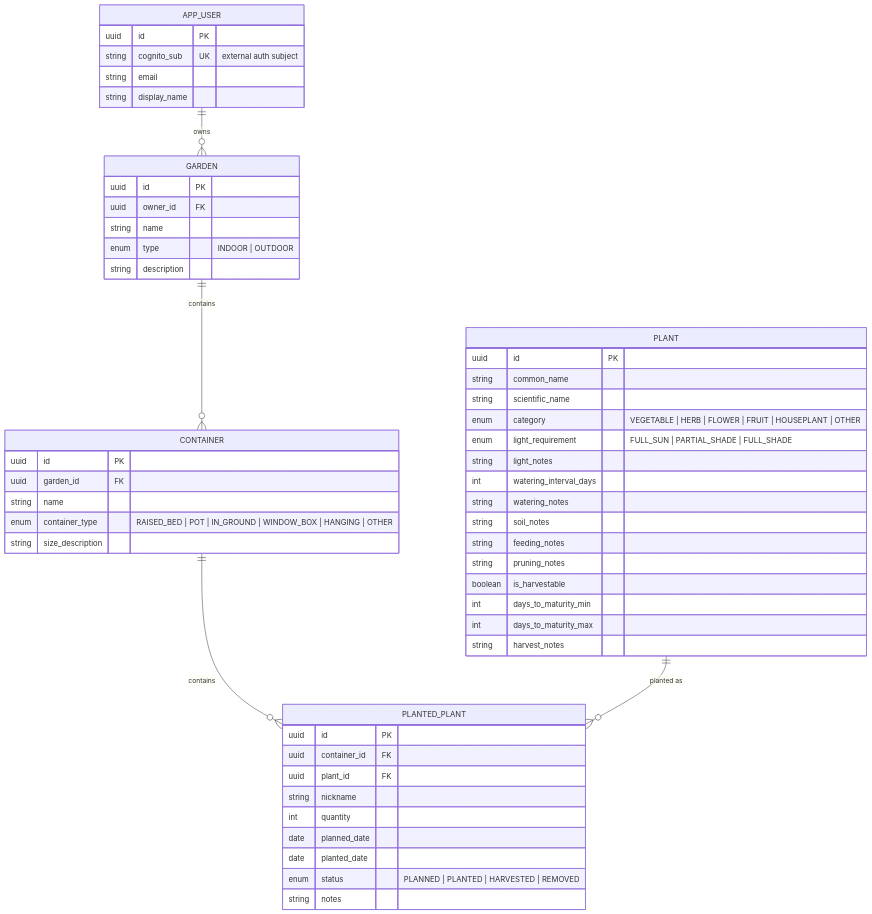
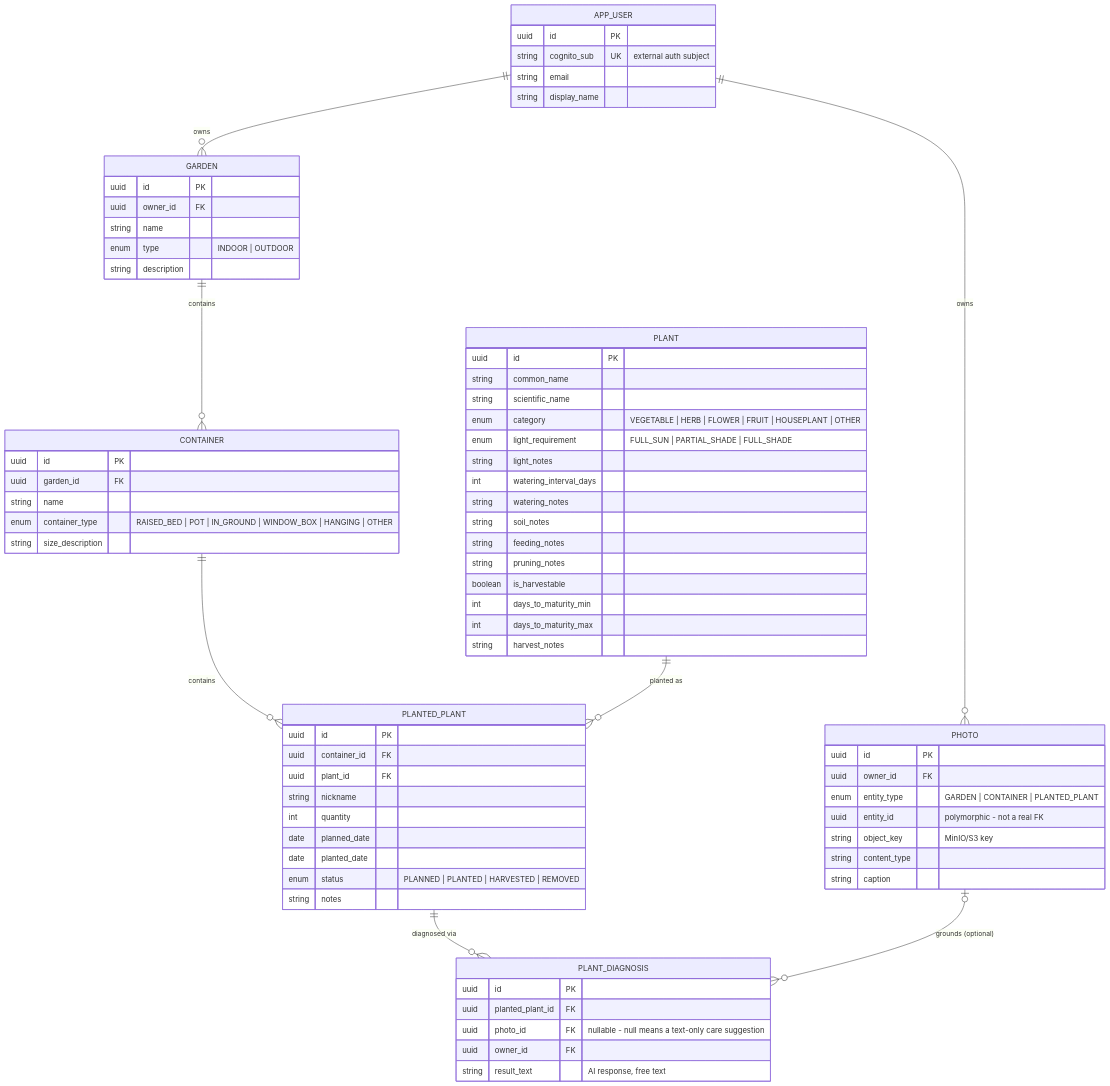
The second of 2 diagrams in .claude/docs/architecture.md (jessig1/greenthumb), drawn with Mermaid before and after one commit. The commit also changed other lines of this file and 67 other files, not shown here.

````diff
--- a/.claude/docs/architecture.md
+++ b/.claude/docs/architecture.md
@@ -28,56 +32,75 @@
 ```mermaid
 erDiagram
     APP_USER ||--o{ GARDEN : owns
     GARDEN ||--o{ CONTAINER : contains
     CONTAINER ||--o{ PLANTED_PLANT : contains
     PLANT ||--o{ PLANTED_PLANT : "planted as"
+    APP_USER ||--o{ PHOTO : owns
+    PLANTED_PLANT ||--o{ PLANT_DIAGNOSIS : "diagnosed via"
+    PHOTO |o--o{ PLANT_DIAGNOSIS : "grounds (optional)"
 
     APP_USER {
         uuid id PK
         string cognito_sub UK "external auth subject"
         string email
         string display_name
     }
     GARDEN {
         uuid id PK
         uuid owner_id FK
         string name
         enum type "INDOOR | OUTDOOR"
         string description
     }
     CONTAINER {
         uuid id PK
         uuid garden_id FK
         string name
         enum container_type "RAISED_BED | POT | IN_GROUND | WINDOW_BOX | HANGING | OTHER"
         string size_description
     }
     PLANT {
         uuid id PK
         string common_name
         string scientific_name
         enum category "VEGETABLE | HERB | FLOWER | FRUIT | HOUSEPLANT | OTHER"
         enum light_requirement "FULL_SUN | PARTIAL_SHADE | FULL_SHADE"
         string light_notes
         int watering_interval_days
         string watering_notes
         string soil_notes
         string feeding_notes
         string pruning_notes
         boolean is_harvestable
         int days_to_maturity_min
         int days_to_maturity_max
         string harvest_notes
     }
     PLANTED_PLANT {
         uuid id PK
         uuid container_id FK
         uuid plant_id FK
         string nickname
         int quantity
         date planned_date
         date planted_date
         enum status "PLANNED | PLANTED | HARVESTED | REMOVED"
         string notes
     }
+    PHOTO {
+        uuid id PK
+        uuid owner_id FK
+        enum entity_type "GARDEN | CONTAINER | PLANTED_PLANT"
+        uuid entity_id "polymorphic - not a real FK"
+        string object_key "MinIO/S3 key"
+        string content_type
+        string caption
+    }
+    PLANT_DIAGNOSIS {
+        uuid id PK
+        uuid planted_plant_id FK
+        uuid photo_id FK "nullable - null means a text-only care suggestion"
+        uuid owner_id FK
+        string result_text "AI response, free text"
+    }
 ```
````
